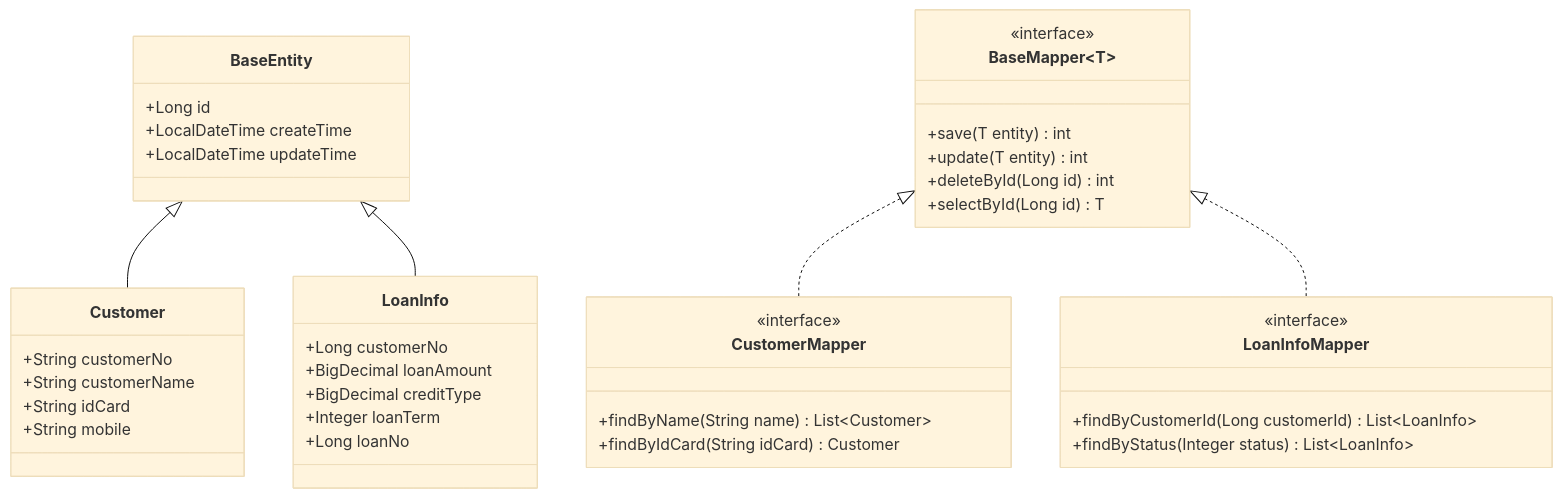
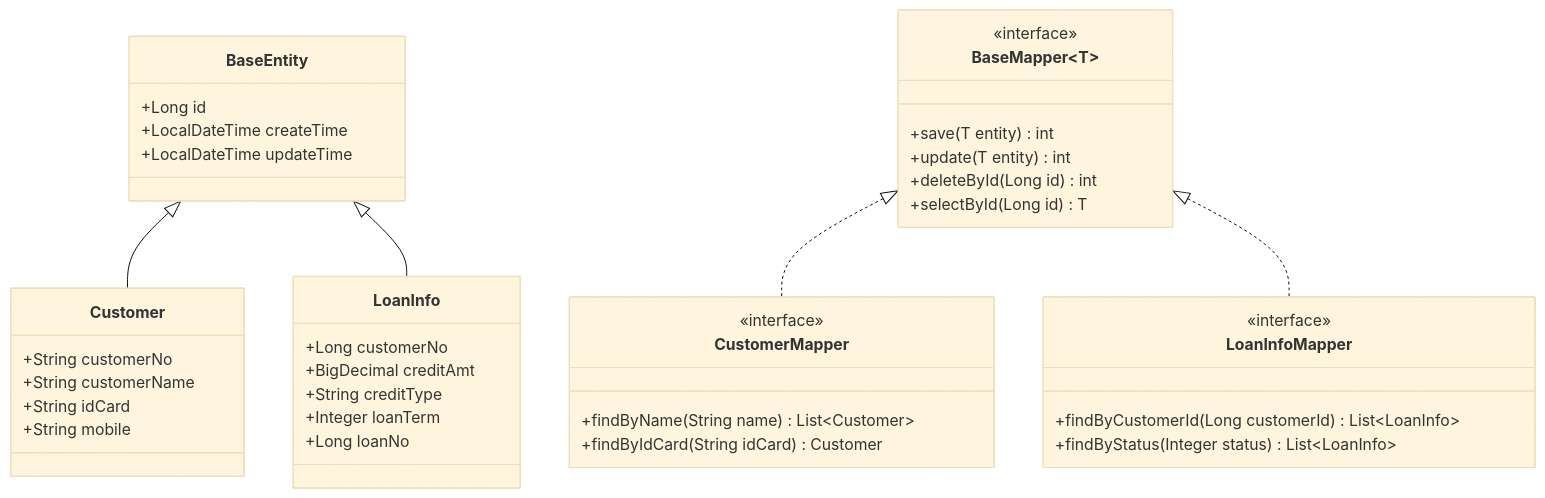
One commit to skyopk/iodraw-files changed the diagram in all/未命名.md. Above: the diagram before and after it, drawn with Mermaid (base theme).

Commit message:
2025-03-25 08:51:38 update

````diff
--- a/all/未命名.md
+++ b/all/未命名.md
@@ -1,48 +1,48 @@
 ```mermaid
 classDiagram
     class BaseEntity {
         +Long id
         +LocalDateTime  createTime
         +LocalDateTime  updateTime
     }
     
     class BaseMapper~T~ {
         <<interface>>
         +save(T entity) int
         +update(T entity) int
         +deleteById(Long id) int
         +selectById(Long id) T
     }
     
     class Customer {
         +String customerNo
         +String customerName
         +String idCard
         +String mobile
     }
     
     class LoanInfo {
         +Long customerNo
-        +BigDecimal loanAmount
-        +BigDecimal creditType
+        +BigDecimal creditAmt
+        +String creditType
         +Integer loanTerm
         +Long loanNo
     }
     
     class CustomerMapper {
         <<interface>>
         +findByName(String name) List~Customer~
         +findByIdCard(String idCard) Customer
     }
     
     class LoanInfoMapper {
         <<interface>>
         +findByCustomerId(Long customerId) List~LoanInfo~
         +findByStatus(Integer status) List~LoanInfo~
     }
     
     BaseEntity <|-- Customer
     BaseEntity <|-- LoanInfo
     BaseMapper~BaseEntity~ <|.. CustomerMapper
     BaseMapper~BaseEntity~ <|.. LoanInfoMapper
 ```
````
